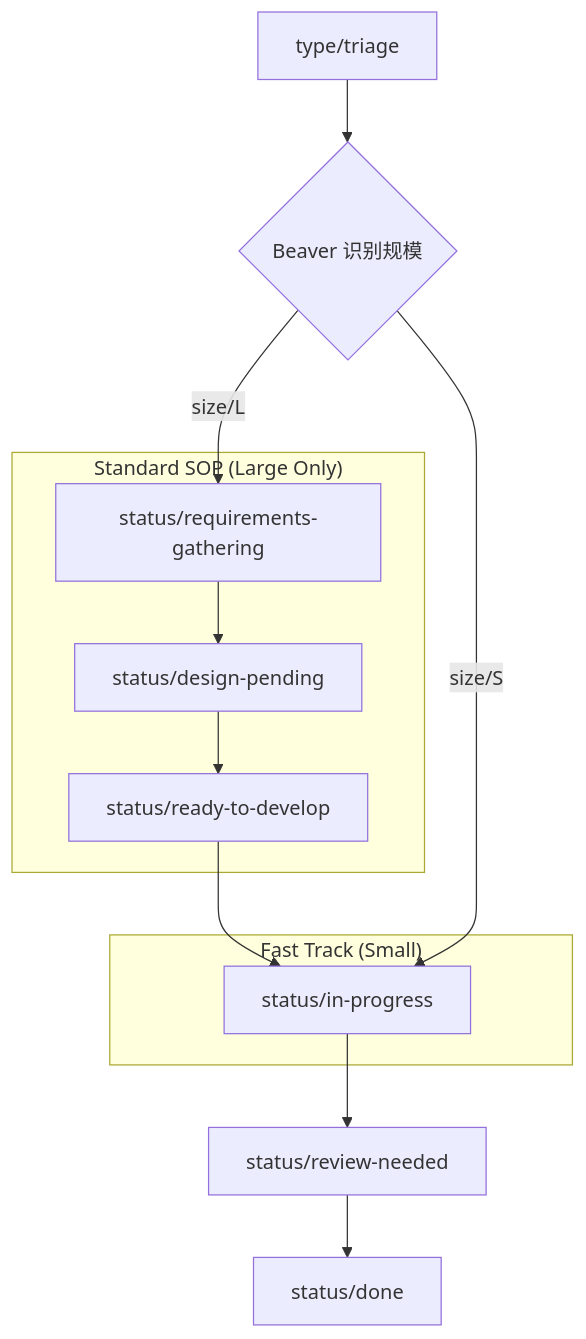
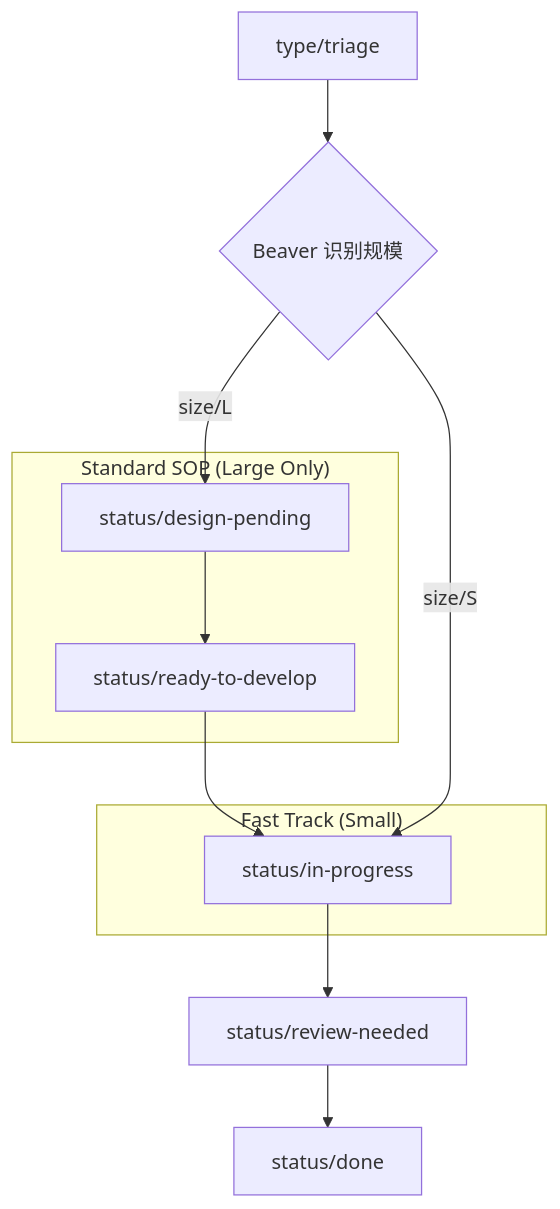
Before and after one commit to primatrix/strix: the diagram in docs/projects/beaver/label-system.md, drawn with Mermaid. The commit also changed other lines of this file, not shown here.

First line of the commit message:
docs(beaver): remove status/requirements-gathering label (#47)

````diff
--- a/docs/projects/beaver/label-system.md
+++ b/docs/projects/beaver/label-system.md
@@ -77,24 +76,22 @@
 ```mermaid
 graph TD
     A[type/triage] --> B{Beaver 识别规模}
 
-    B -->|size/L| C[status/requirements-gathering]
-    C --> D[status/design-pending]
+    B -->|size/L| D[status/design-pending]
     D --> E[status/ready-to-develop]
     E --> F[status/in-progress]
 
     B -->|size/S| F
 
     F --> G[status/review-needed]
     G --> H[status/done]
 
     subgraph "Standard SOP (Large Only)"
-    C
     D
     E
     end
 
     subgraph "Fast Track (Small)"
     F
     end
 ```
````
